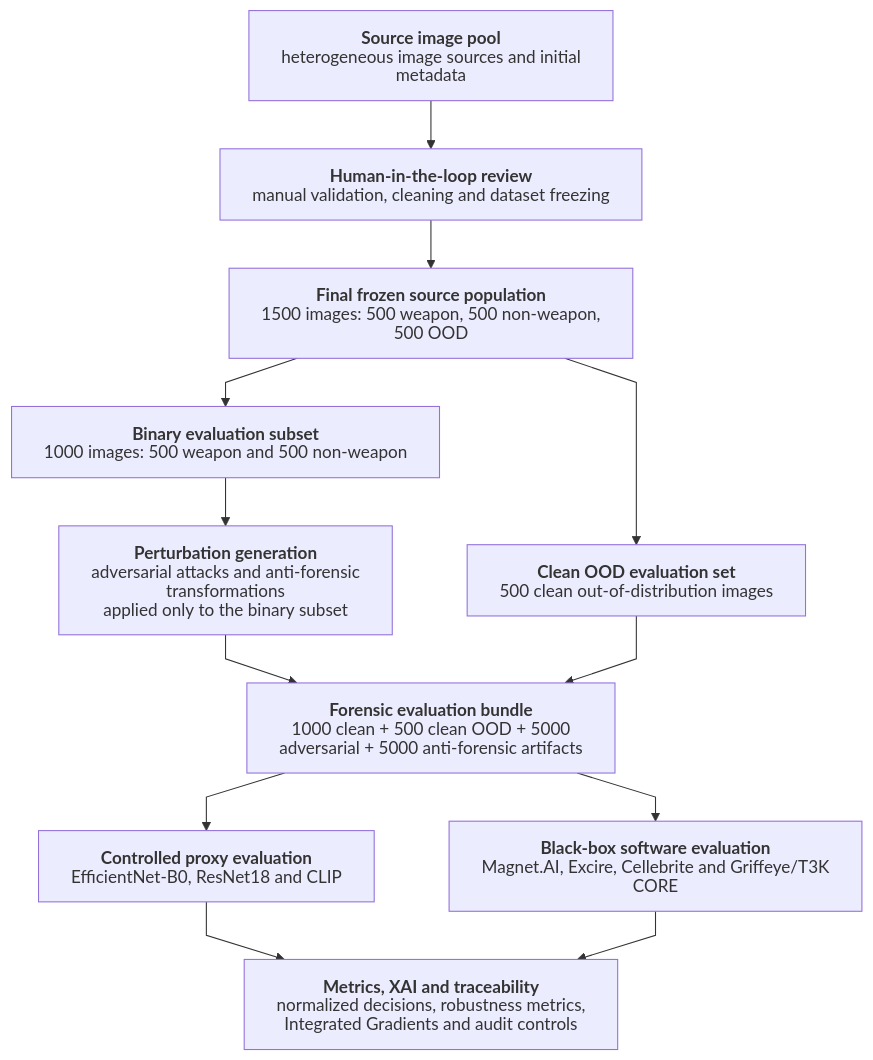
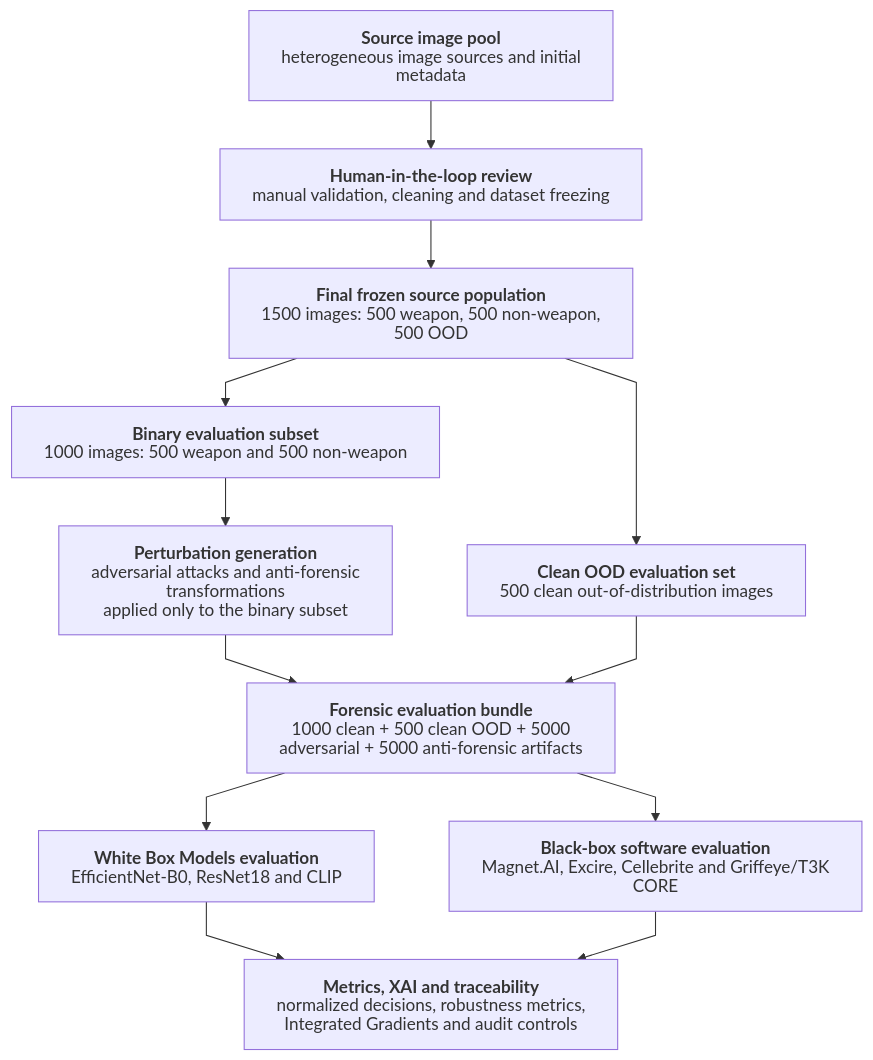
The diagram in README.md (lmolinario/msc-thesis-ai-robustness-in-digital-forensics), drawn with Mermaid before and after one commit.

Commit message:
presentation: refactor

````diff
--- a/README.md
+++ b/README.md
@@ -73,47 +73,47 @@
 ```mermaid
 %%{init: {
   "htmlLabels": false,
   "flowchart": {
     "curve": "linear",
     "nodeSpacing": 70,
     "rankSpacing": 45,
     "wrappingWidth": 340,
     "useMaxWidth": true
   }
 }}%%
 flowchart TD
     A["`**Source image pool**
 heterogeneous image sources and initial metadata`"]
     B["`**Human-in-the-loop review**
 manual validation, cleaning and dataset freezing`"]
     C["`**Final frozen source population**
 1500 images: 500 weapon, 500 non-weapon, 500 OOD`"]
     D["`**Binary evaluation subset**
 1000 images: 500 weapon and 500 non-weapon`"]
     E["`**Clean OOD evaluation set**
 500 clean out-of-distribution images`"]
     F["`**Perturbation generation**
 adversarial attacks and anti-forensic transformations
 applied only to the binary subset`"]
     H["`**Forensic evaluation bundle**
 1000 clean + 500 clean OOD + 5000 adversarial
 + 5000 anti-forensic artifacts`"]
-    G["`**Controlled proxy evaluation**
+    G["`**White Box Models evaluation**
 EfficientNet-B0, ResNet18 and CLIP`"]
     I["`**Black-box software evaluation**
 Magnet.AI, Excire, Cellebrite and Griffeye/T3K CORE`"]
     J["`**Metrics, XAI and traceability**
 normalized decisions, robustness metrics,
 Integrated Gradients and audit controls`"]
 
     A --> B --> C
     C --> D
     C --> E
     D --> F
     F --> H
     E --> H
     H --> G
     H --> I
     G --> J
     I --> J
 ```
````
